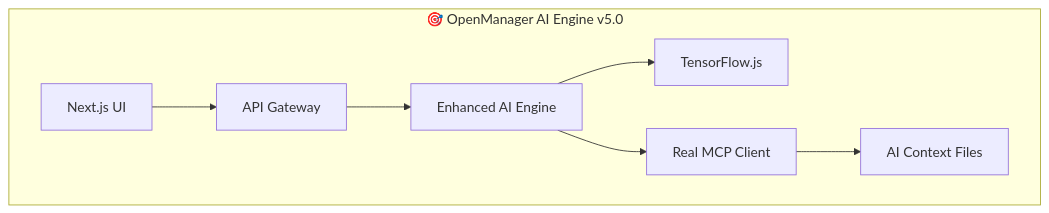
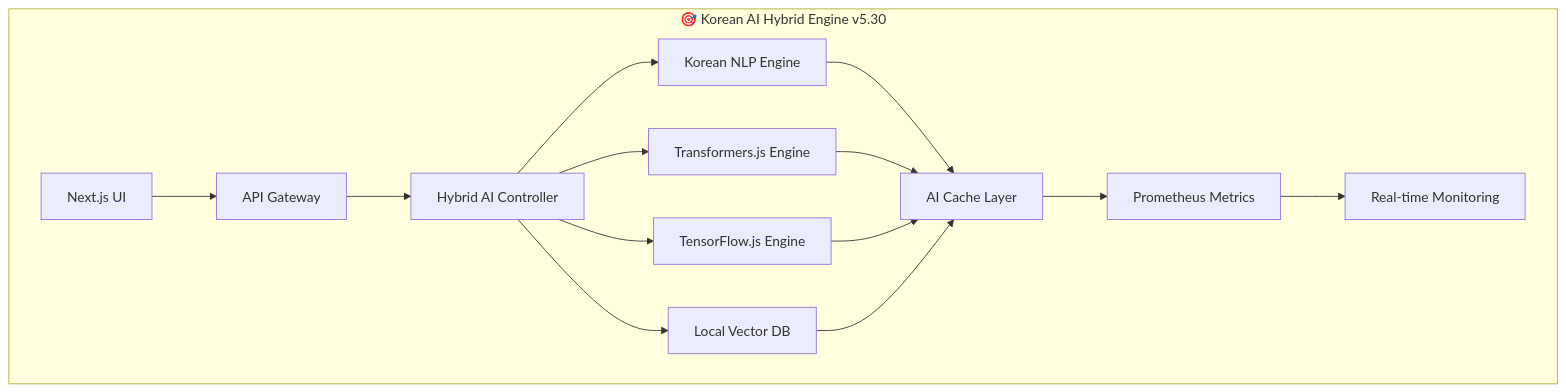
The diagram in README.md (skyasu2/openmanager-vibe-v5), drawn with Mermaid before and after one commit. The commit also changed other lines of this file and 11 other files, not shown here.

````diff
--- a/README.md
+++ b/README.md
@@ -24,10 +27,20 @@
 ```mermaid
 graph TB
-    subgraph "🎯 OpenManager AI Engine v5.0"
-        UI["Next.js UI"] --> API["API Gateway"]
-        API --> Core["Enhanced AI Engine"]
-        Core --> TF["TensorFlow.js"] 
-        Core --> MCP["Real MCP Client"]
-        MCP --> Files["AI Context Files"]
+    subgraph "🎯 Korean AI Hybrid Engine v5.30"
+        UI["Next.js UI"] --> Gateway["API Gateway"]
+        Gateway --> Hybrid["Hybrid AI Controller"]
+        
+        Hybrid --> Korean["Korean NLP Engine"]
+        Hybrid --> TF["Transformers.js Engine"]
+        Hybrid --> Tensor["TensorFlow.js Engine"]
+        Hybrid --> Vector["Local Vector DB"]
+        
+        Korean --> Cache["AI Cache Layer"]
+        TF --> Cache
+        Tensor --> Cache
+        Vector --> Cache
+        
+        Cache --> Metrics["Prometheus Metrics"]
+        Metrics --> Monitor["Real-time Monitoring"]
     end
 ```
````
